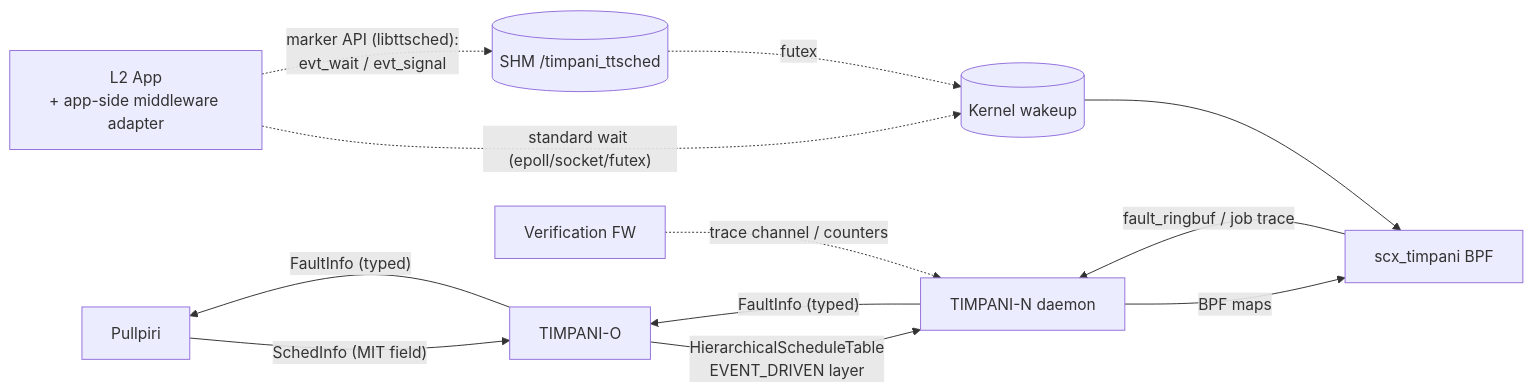
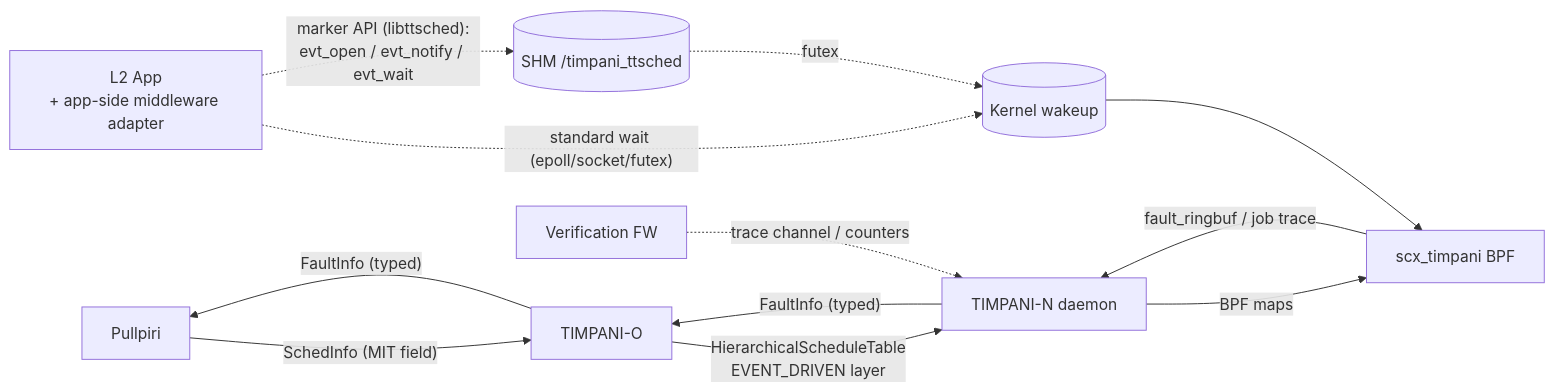
The diagram in doc/design/kor/SRS-008-event-driven-workload-support.md (eclipse-timpani/timpani26), drawn with Mermaid before and after one commit. The commit also changed other lines of this file and 4 other files, not shown here.

````diff
--- a/doc/design/kor/SRS-008-event-driven-workload-support.md
+++ b/doc/design/kor/SRS-008-event-driven-workload-support.md
@@ -78,14 +84,14 @@
 ```mermaid
 flowchart LR
   P[Pullpiri] -- "SchedInfo (MIT field)" --> O[TIMPANI-O]
   O -- "HierarchicalScheduleTable<br/>EVENT_DRIVEN layer" --> N[TIMPANI-N daemon]
   N -- "BPF maps" --> B[scx_timpani BPF]
   B -- "fault_ringbuf / job trace" --> N
   N -- "FaultInfo (typed)" --> O
   O -- "FaultInfo (typed)" --> P
   A[L2 App<br/>+ app-side middleware adapter] -. "standard wait (epoll/socket/futex)" .-> K[(Kernel wakeup)]
   K --> B
-  A -. "marker API (libttsched):<br/>evt_wait / evt_signal" .-> S[(SHM /timpani_ttsched)]
+  A -. "marker API (libttsched):<br/>evt_open / evt_notify / evt_wait" .-> S[(SHM /timpani_ttsched)]
   S -. futex .-> K
   V[Verification FW] -. "trace channel / counters" .-> N
 ```
````
